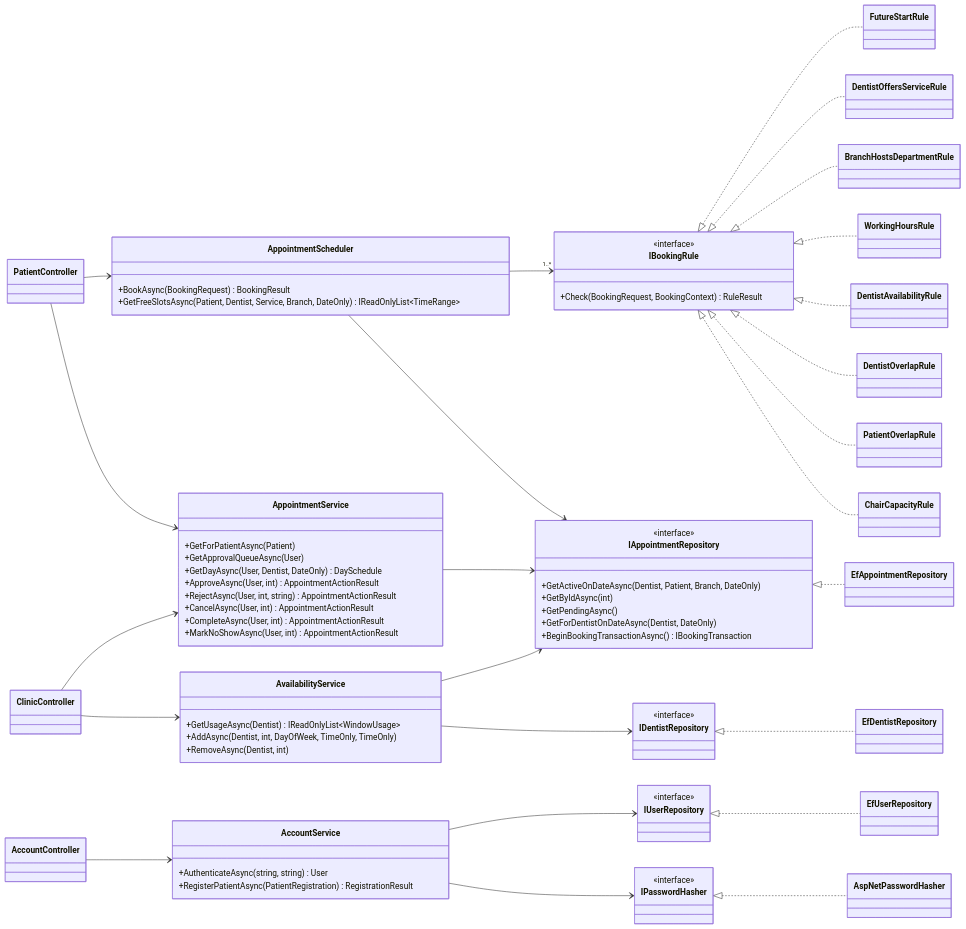
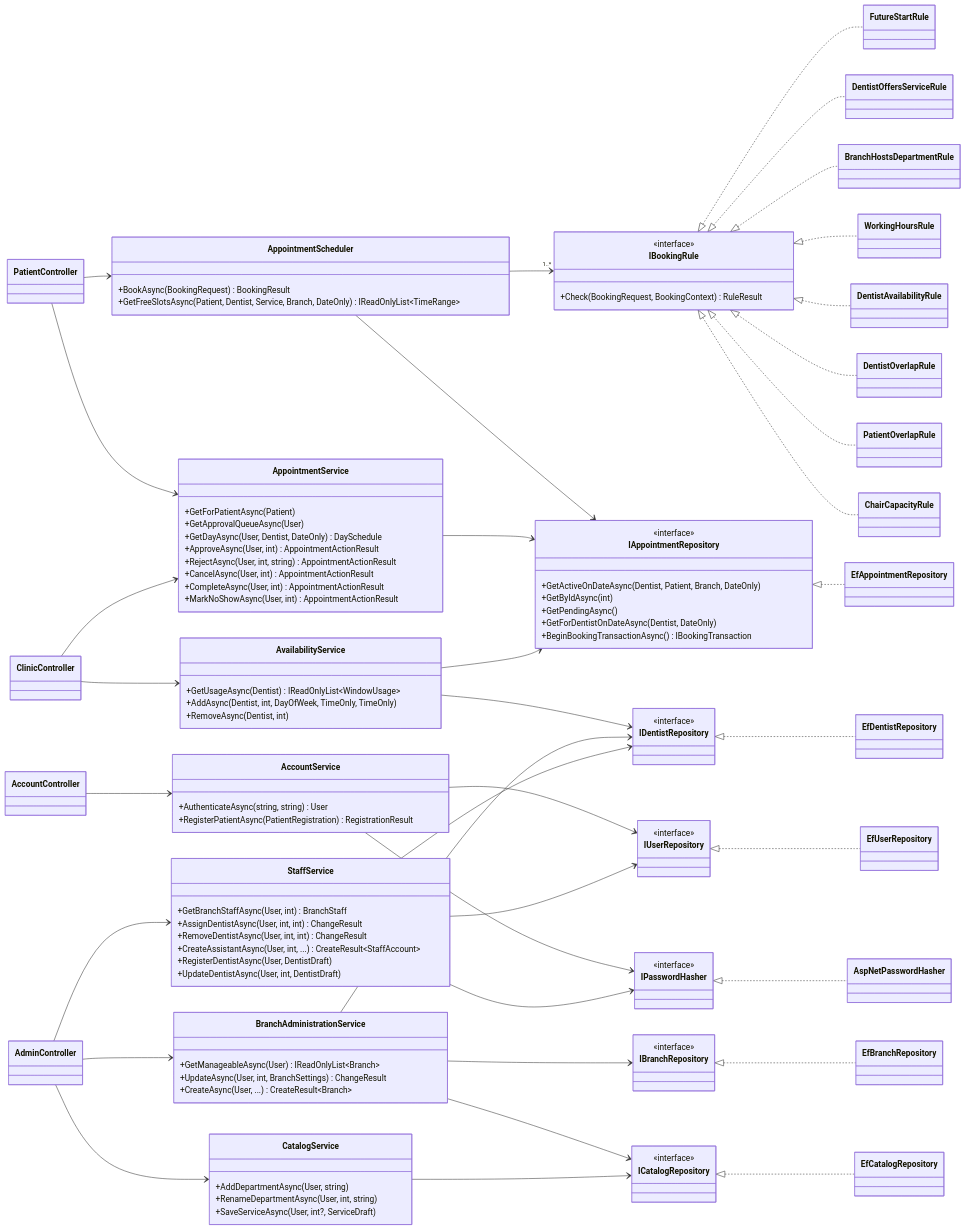
Before and after one commit to ertugrulkoksal-sau/dis-klinigi-randevu-sistemi: the third of 6 diagrams in README.md, drawn with Mermaid. The commit also changed other lines of this file, not shown here.

````diff
--- a/README.md
+++ b/README.md
@@ -410,6 +438,30 @@
         +AuthenticateAsync(string, string) User
         +RegisterPatientAsync(PatientRegistration) RegistrationResult
     }
+    class BranchAdministrationService {
+        +GetManageableAsync(User) IReadOnlyList~Branch~
+        +UpdateAsync(User, int, BranchSettings) ChangeResult
+        +CreateAsync(User, ...) CreateResult~Branch~
+    }
+    class CatalogService {
+        +AddDepartmentAsync(User, string)
+        +RenameDepartmentAsync(User, int, string)
+        +SaveServiceAsync(User, int?, ServiceDraft)
+    }
+    class StaffService {
+        +GetBranchStaffAsync(User, int) BranchStaff
+        +AssignDentistAsync(User, int, int) ChangeResult
+        +RemoveDentistAsync(User, int, int) ChangeResult
+        +CreateAssistantAsync(User, int, ...) CreateResult~StaffAccount~
+        +RegisterDentistAsync(User, DentistDraft)
+        +UpdateDentistAsync(User, int, DentistDraft)
+    }
+    class IBranchRepository {
+        <<interface>>
+    }
+    class ICatalogRepository {
+        <<interface>>
+    }
     class IAppointmentRepository {
         <<interface>>
         +GetActiveOnDateAsync(Dentist, Patient, Branch, DateOnly)
@@ -431,6 +483,8 @@
     IDentistRepository <|.. EfDentistRepository
     IUserRepository <|.. EfUserRepository
     IPasswordHasher <|.. AspNetPasswordHasher
+    IBranchRepository <|.. EfBranchRepository
+    ICatalogRepository <|.. EfCatalogRepository
 
     AppointmentScheduler --> "1..*" IBookingRule
     AppointmentScheduler --> IAppointmentRepository
@@ -439,9 +493,19 @@
     AvailabilityService --> IAppointmentRepository
     AccountService --> IUserRepository
     AccountService --> IPasswordHasher
+    BranchAdministrationService --> IBranchRepository
+    BranchAdministrationService --> IDentistRepository
+    BranchAdministrationService --> ICatalogRepository
+    CatalogService --> ICatalogRepository
+    StaffService --> IUserRepository
+    StaffService --> IDentistRepository
+    StaffService --> IPasswordHasher
     PatientController --> AppointmentScheduler
     PatientController --> AppointmentService
     ClinicController --> AppointmentService
     ClinicController --> AvailabilityService
     AccountController --> AccountService
+    AdminController --> BranchAdministrationService
+    AdminController --> CatalogService
+    AdminController --> StaffService
 ```
````
